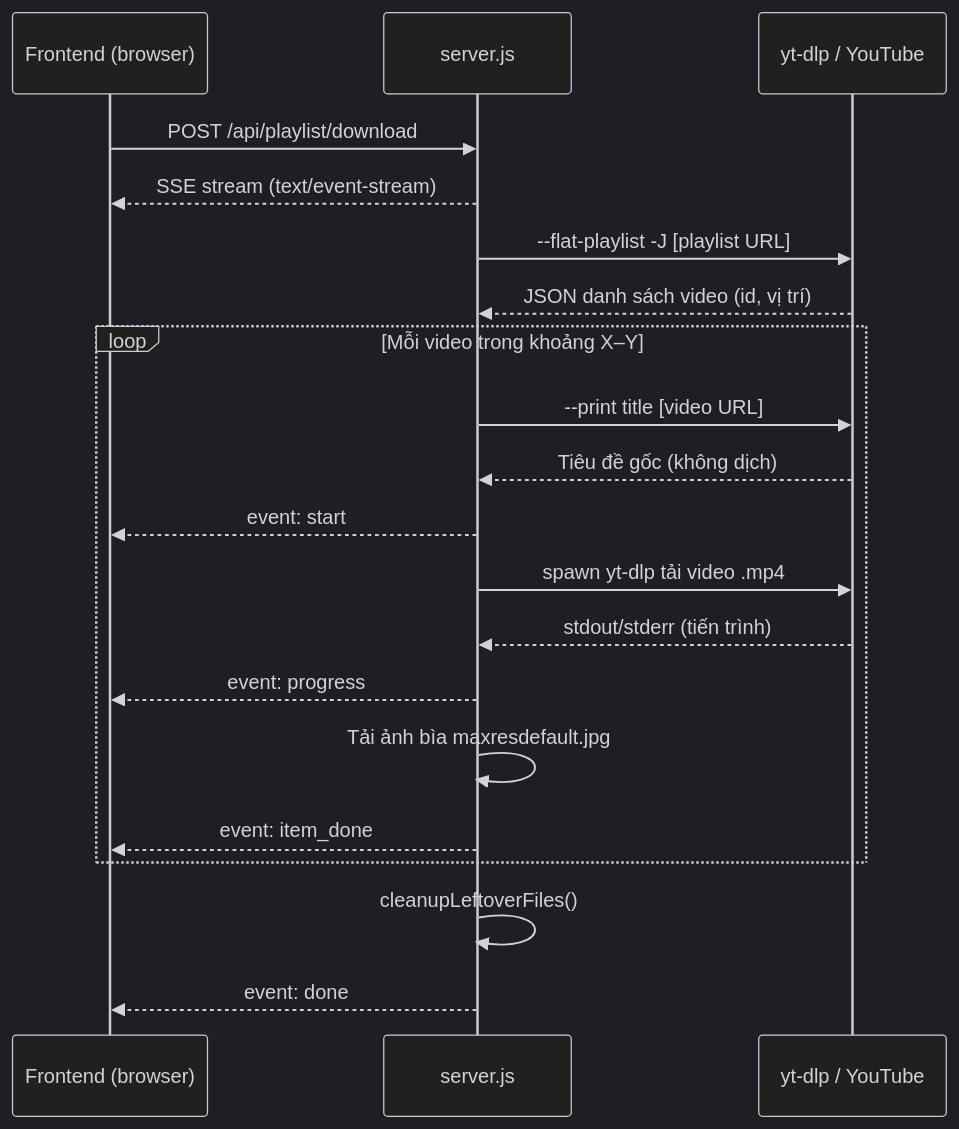
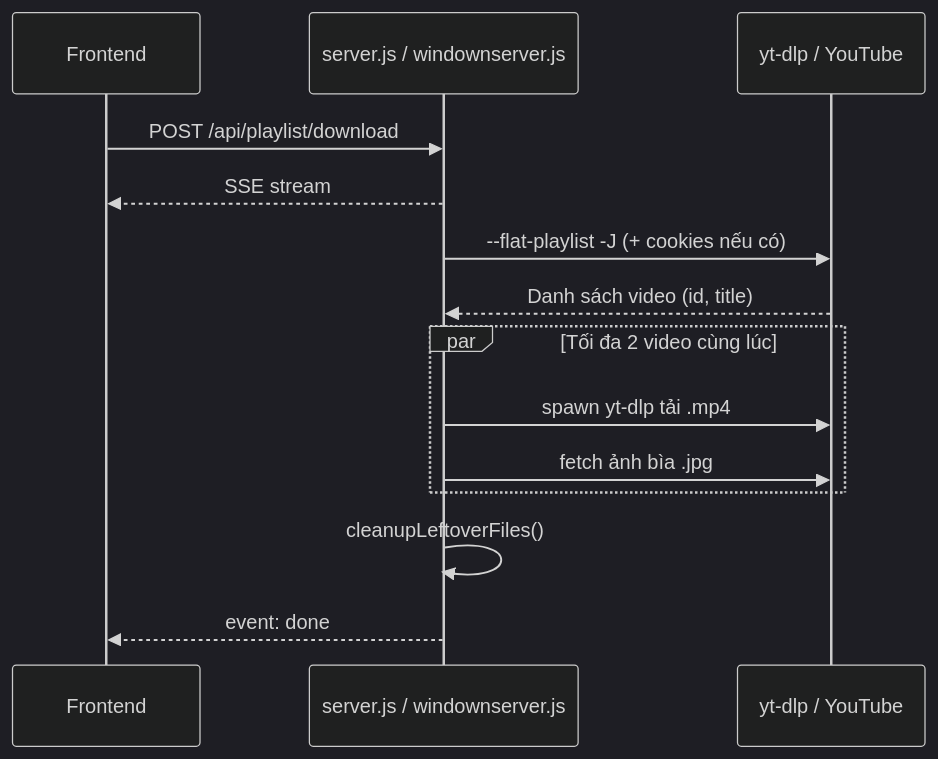
The diagram in README.md (kienpcdev-afk/yt-playlist-harvester), drawn with Mermaid (dark theme) before and after one commit. The commit also changed other lines of this file and 7 other files, not shown here.

````diff
--- a/README.md
+++ b/README.md
@@ -115,26 +124,20 @@
 ```mermaid
 sequenceDiagram
-    participant UI as Frontend (browser)
-    participant API as server.js
+    participant UI as Frontend
+    participant API as server.js / windownserver.js
     participant YT as yt-dlp / YouTube
 
     UI->>API: POST /api/playlist/download
-    API-->>UI: SSE stream (text/event-stream)
+    API-->>UI: SSE stream
 
-    API->>YT: --flat-playlist -J [playlist URL]
-    YT-->>API: JSON danh sách video (id, vị trí)
+    API->>YT: --flat-playlist -J (+ cookies nếu có)
+    YT-->>API: Danh sách video (id, title)
 
-    loop Mỗi video trong khoảng X–Y
-        API->>YT: --print title [video URL]
-        YT-->>API: Tiêu đề gốc (không dịch)
-        API-->>UI: event: start
-        API->>YT: spawn yt-dlp tải video .mp4
-        YT-->>API: stdout/stderr (tiến trình)
-        API-->>UI: event: progress
-        API->>API: Tải ảnh bìa maxresdefault.jpg
-        API-->>UI: event: item_done
+    par Tối đa 2 video cùng lúc
+        API->>YT: spawn yt-dlp tải .mp4
+        API->>YT: fetch ảnh bìa .jpg
     end
 
     API->>API: cleanupLeftoverFiles()
     API-->>UI: event: done
 ```
````
